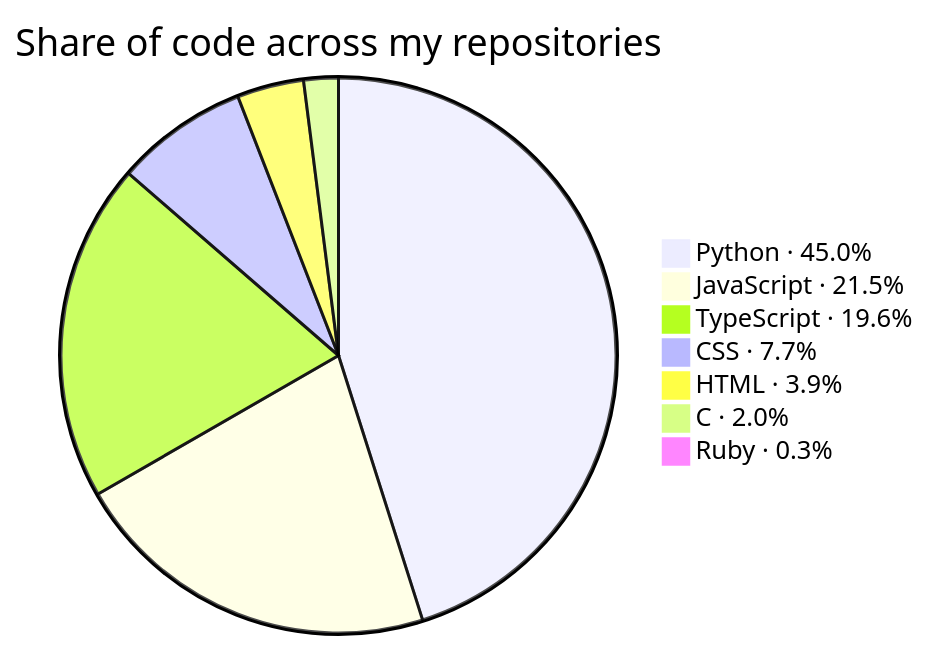
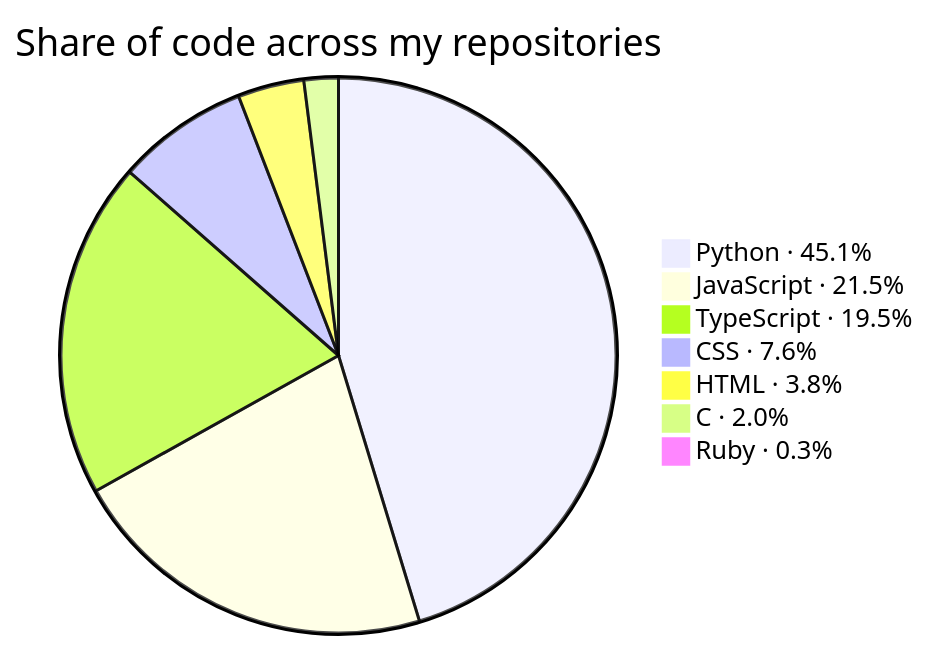
The second of 3 diagrams in README.md (KathFK1234/KathFK1234), drawn with Mermaid before and after one commit. The commit also changed other lines of this file and 4 other files, not shown here.

````diff
--- a/README.md
+++ b/README.md
@@ -109,11 +109,11 @@
 ```mermaid
 %%{init: {"themeVariables": {"pieSectionTextSize": "0px"}}}%%
 pie title Share of code across my repositories
-    "Python · 45.0%" : 1404.0
-    "JavaScript · 21.5%" : 671.9
-    "TypeScript · 19.6%" : 613.0
-    "CSS · 7.7%" : 240.6
-    "HTML · 3.9%" : 120.9
+    "Python · 45.1%" : 1420.7
+    "JavaScript · 21.5%" : 677.8
+    "TypeScript · 19.5%" : 614.1
+    "CSS · 7.6%" : 240.6
+    "HTML · 3.8%" : 120.9
     "C · 2.0%" : 62.7
     "Ruby · 0.3%" : 10.1
 ```
````
